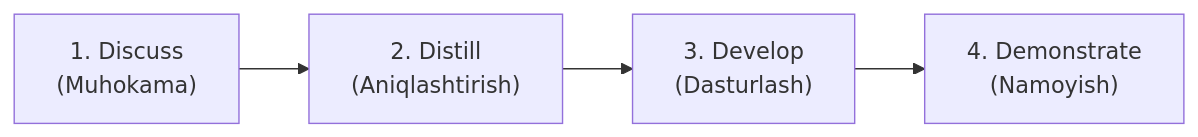
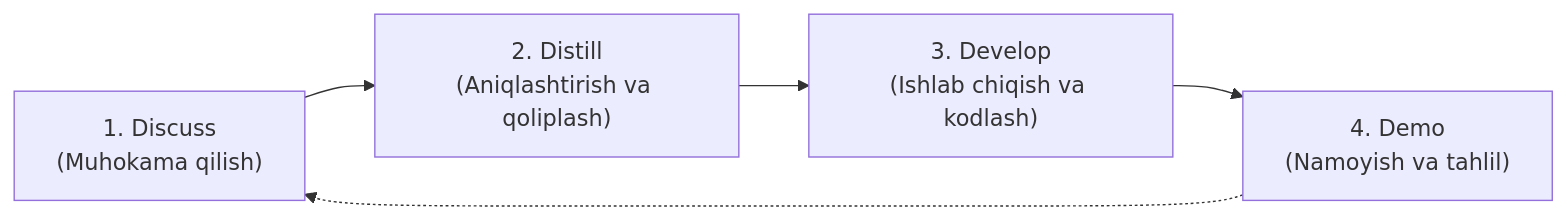
The third of 4 diagrams in app/docs/software-testing/acceptance-test-driven-development/page.mdx (Ergashov15/qa-uzbekistan), drawn with Mermaid before and after one commit. The commit also changed other lines of this file and 3 other files, not shown here.

Commit message:
feat: translate and update ATDD page and navigation to Uzbek with diagrams

````diff
--- a/app/docs/software-testing/acceptance-test-driven-development/page.mdx
+++ b/app/docs/software-testing/acceptance-test-driven-development/page.mdx
@@ -33,6 +91,7 @@
 ```mermaid
 flowchart LR
-    D1["1. Discuss\n(Muhokama)"] --> D2["2. Distill\n(Aniqlashtirish)"]
-    D2 --> D3["3. Develop\n(Dasturlash)"]
-    D3 --> D4["4. Demonstrate\n(Namoyish)"]
+    D1["1. Discuss\n(Muhokama qilish)"] --> D2["2. Distill\n(Aniqlashtirish va qoliplash)"]
+    D2 --> D3["3. Develop\n(Ishlab chiqish va kodlash)"]
+    D3 --> D4["4. Demo\n(Namoyish va tahlil)"]
+    D4 -.-> D1
 ```
````
